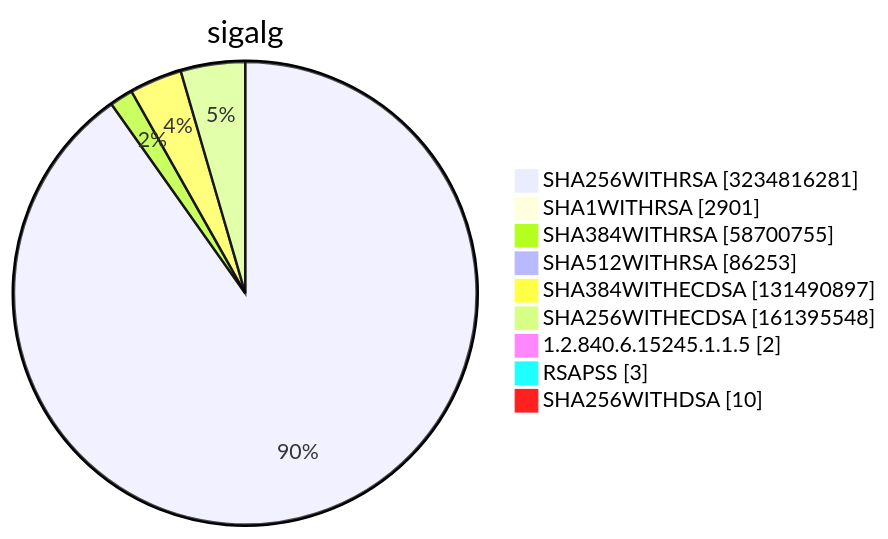
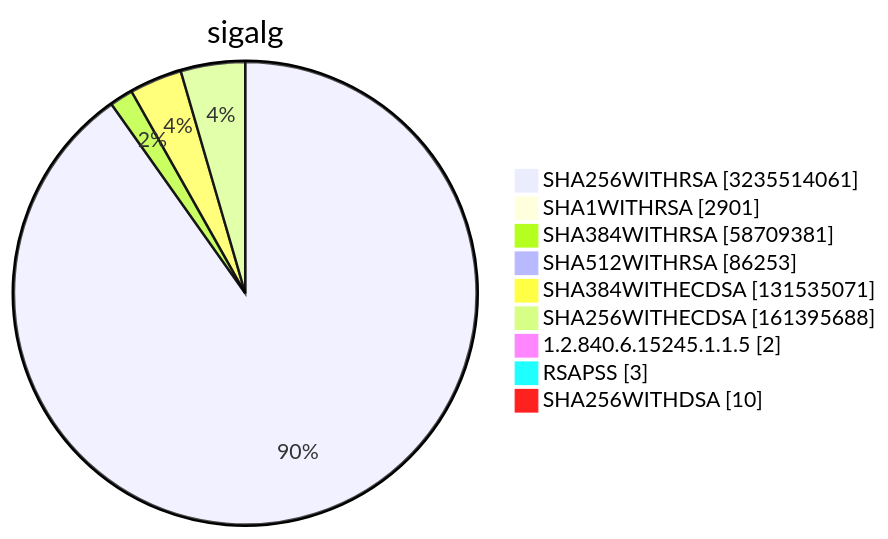
One commit to christiankrug/ctmonitor_visualization changed diagram 15 of 15 in TOTAL/README.md. Above: the diagram before and after it, drawn with Mermaid. The commit also changed other lines of this file, not shown here.

````diff
--- a/TOTAL/README.md
+++ b/TOTAL/README.md
@@ -6217,13 +6217,13 @@
 ```mermaid
 pie showData
 title sigalg
-"SHA256WITHRSA" :3234816281
+"SHA256WITHRSA" :3235514061
 "SHA1WITHRSA" :2901
-"SHA384WITHRSA" :58700755
+"SHA384WITHRSA" :58709381
 "SHA512WITHRSA" :86253
-"SHA384WITHECDSA" :131490897
-"SHA256WITHECDSA" :161395548
+"SHA384WITHECDSA" :131535071
+"SHA256WITHECDSA" :161395688
 "1.2.840.6.15245.1.1.5" :2
 "RSAPSS" :3
 "SHA256WITHDSA" :10
 ```
````
